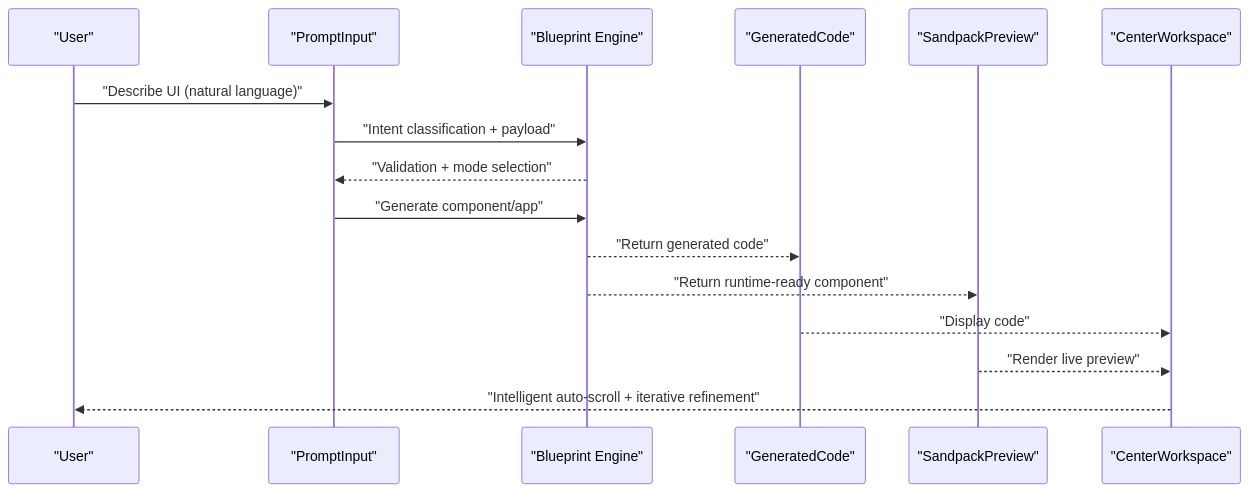
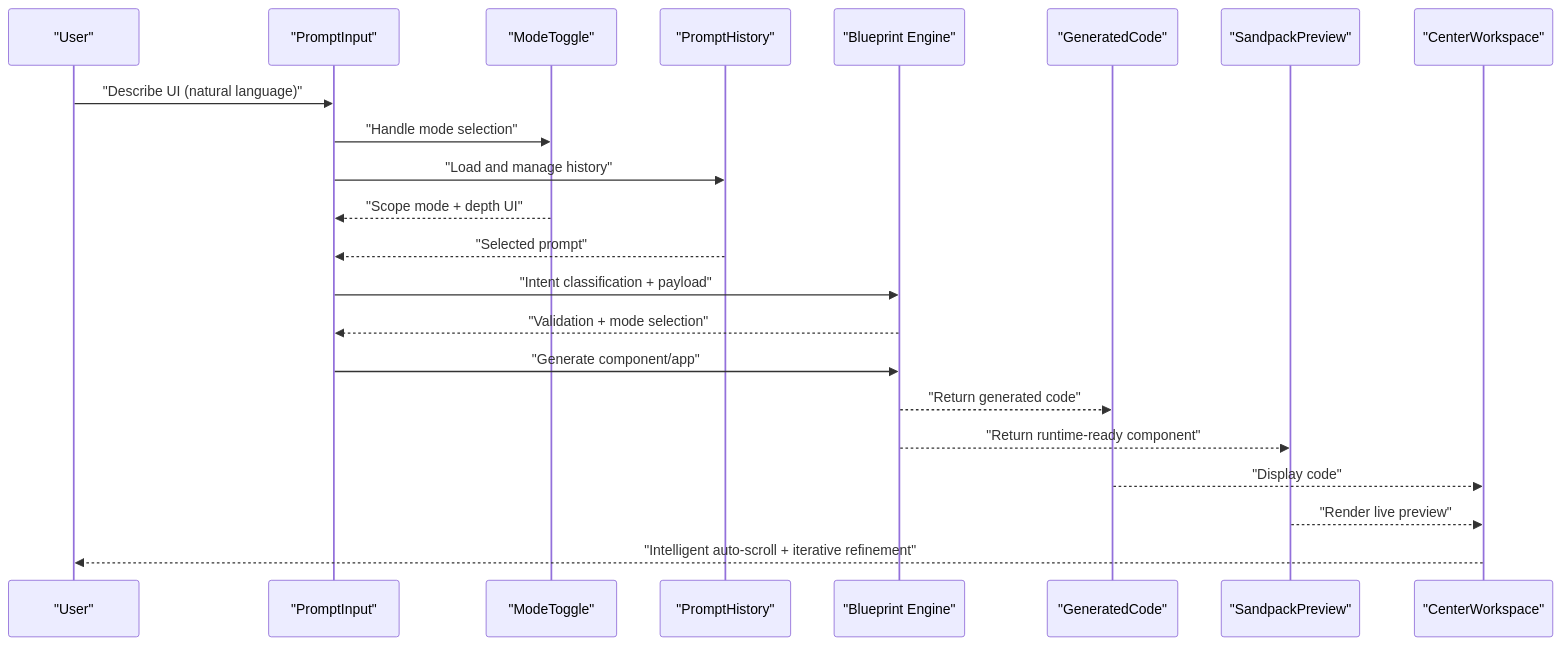
One commit to shekhargiri005-dotcom/AI-powered-accessibility-first-UI-engine changed the second of 4 diagrams in .qoder/repowiki/en/content/UI Component System/UI Component System.md. Above: the diagram before and after it, drawn with Mermaid. The commit also changed other lines of this file and 22 other files, not shown here.

````diff
--- a/.qoder/repowiki/en/content/UI Component System/UI Component System.md
+++ b/.qoder/repowiki/en/content/UI Component System/UI Component System.md
@@ -191,18 +207,24 @@
 ```mermaid
 sequenceDiagram
 participant User as "User"
 participant Prompt as "PromptInput"
+participant ModeToggle as "ModeToggle"
+participant History as "PromptHistory"
 participant Engine as "Blueprint Engine"
 participant Gen as "GeneratedCode"
 participant Preview as "SandpackPreview"
 participant Workspace as "CenterWorkspace"
 User->>Prompt : "Describe UI (natural language)"
+Prompt->>ModeToggle : "Handle mode selection"
+Prompt->>History : "Load and manage history"
+ModeToggle-->>Prompt : "Scope mode + depth UI"
+History-->>Prompt : "Selected prompt"
 Prompt->>Engine : "Intent classification + payload"
 Engine-->>Prompt : "Validation + mode selection"
 Prompt->>Engine : "Generate component/app"
 Engine-->>Gen : "Return generated code"
 Engine-->>Preview : "Return runtime-ready component"
 Gen-->>Workspace : "Display code"
 Preview-->>Workspace : "Render live preview"
 Workspace-->>User : "Intelligent auto-scroll + iterative refinement"
 ```
````
